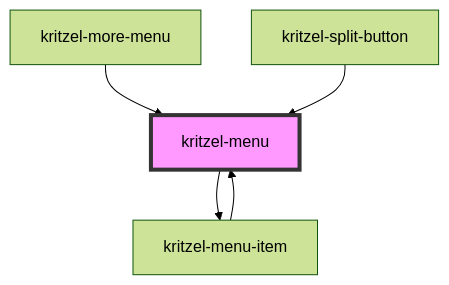
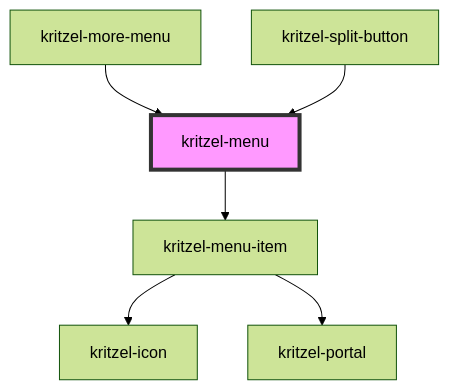
One commit to kasual1/kritzel changed the diagram in libs/kritzel-stencil/src/components/shared/kritzel-menu/readme.md. Above: the diagram before and after it, drawn with Mermaid (forest theme). The commit also changed other lines of this file and 39 other files, not shown here.

````diff
--- a/libs/kritzel-stencil/src/components/shared/kritzel-menu/readme.md
+++ b/libs/kritzel-stencil/src/components/shared/kritzel-menu/readme.md
@@ -70,8 +69,9 @@
 ```mermaid
 graph TD;
   kritzel-menu --> kritzel-menu-item
-  kritzel-menu-item --> kritzel-menu
+  kritzel-menu-item --> kritzel-icon
+  kritzel-menu-item --> kritzel-portal
   kritzel-more-menu --> kritzel-menu
   kritzel-split-button --> kritzel-menu
   style kritzel-menu fill:#f9f,stroke:#333,stroke-width:4px
 ```
````
